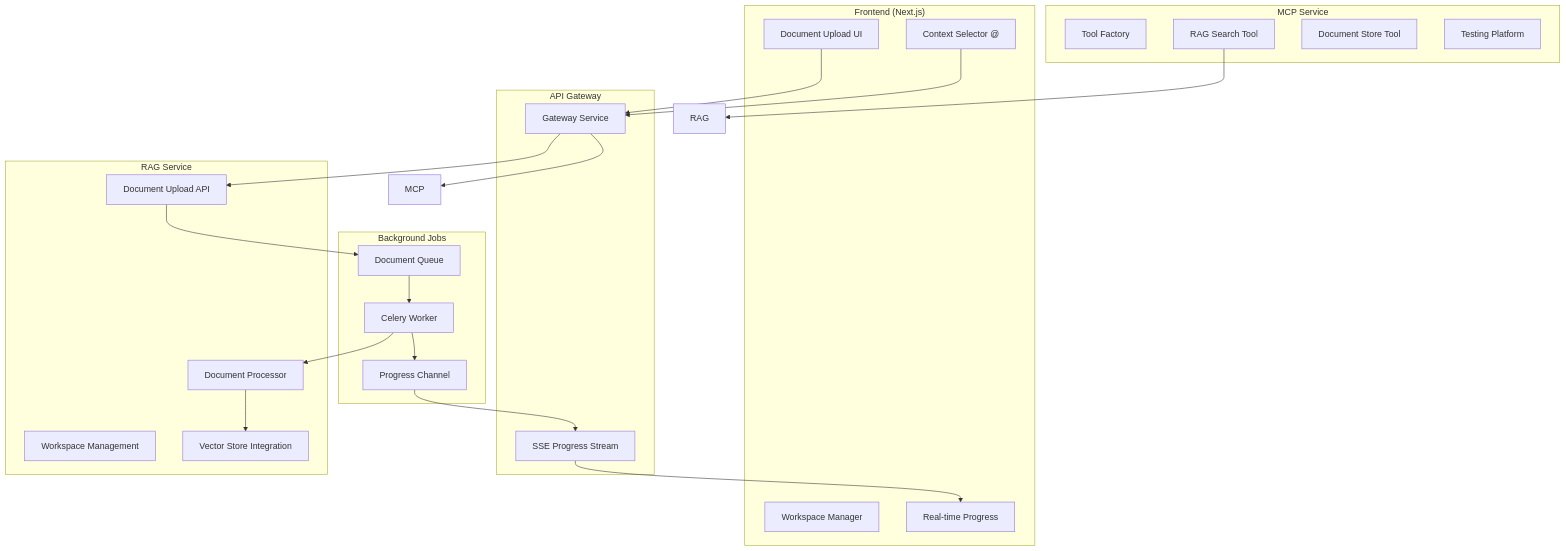
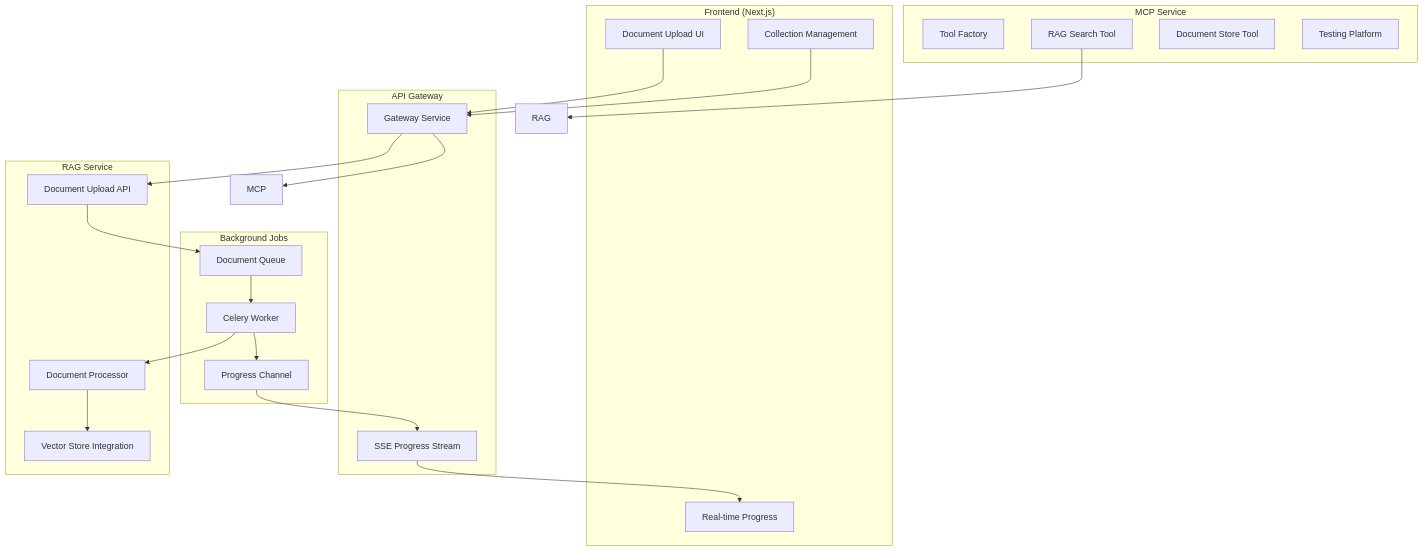
One commit to MiguelDelao/privategpt changed the diagram in RAG_MCP_ROADMAP.md. Above: the diagram before and after it, drawn with Mermaid. The commit also changed other lines of this file and 9 other files, not shown here.

````diff
--- a/RAG_MCP_ROADMAP.md
+++ b/RAG_MCP_ROADMAP.md
@@ -17,48 +17,48 @@
 ```mermaid
 graph TB
     subgraph "Frontend (Next.js)"
         UI[Document Upload UI]
-        WS[Workspace Manager]
+        CM[Collection Manager]
         CM[Context Selector @]
         RT[Real-time Progress]
     end
     
     subgraph "API Gateway"
         GW[Gateway Service]
         SSE[SSE Progress Stream]
     end
     
     subgraph "RAG Service"
         DU[Document Upload API]
-        WM[Workspace Management]
+        CM[Collection Management]
         DP[Document Processor]
         VS[Vector Store Integration]
     end
     
     subgraph "Background Jobs"
         CW[Celery Worker]
         DQ[Document Queue]
         PC[Progress Channel]
     end
     
     subgraph "MCP Service"
         TF[Tool Factory]
         RS[RAG Search Tool]
         DS[Document Store Tool]
         TP[Testing Platform]
     end
     
     UI --> GW
     GW --> DU
     DU --> DQ
     DQ --> CW
     CW --> DP
     DP --> VS
     CW --> PC
     PC --> SSE
     SSE --> RT
     
     GW --> MCP
     RS --> RAG
     CM --> GW
 ```
````
